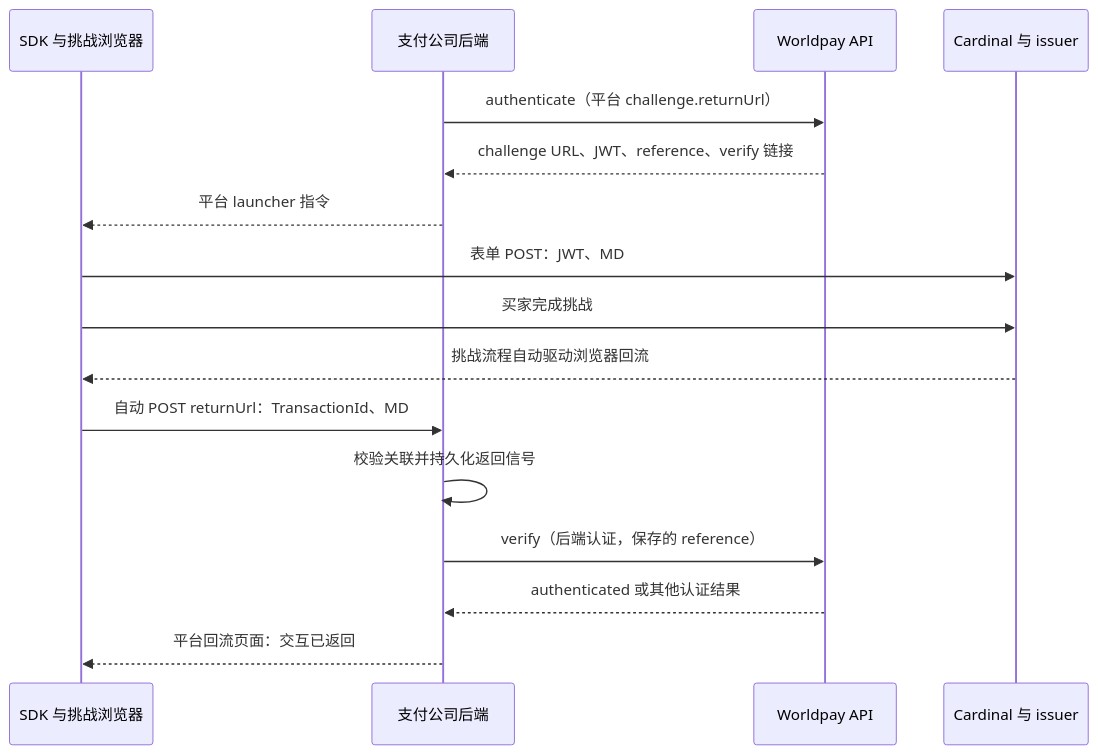
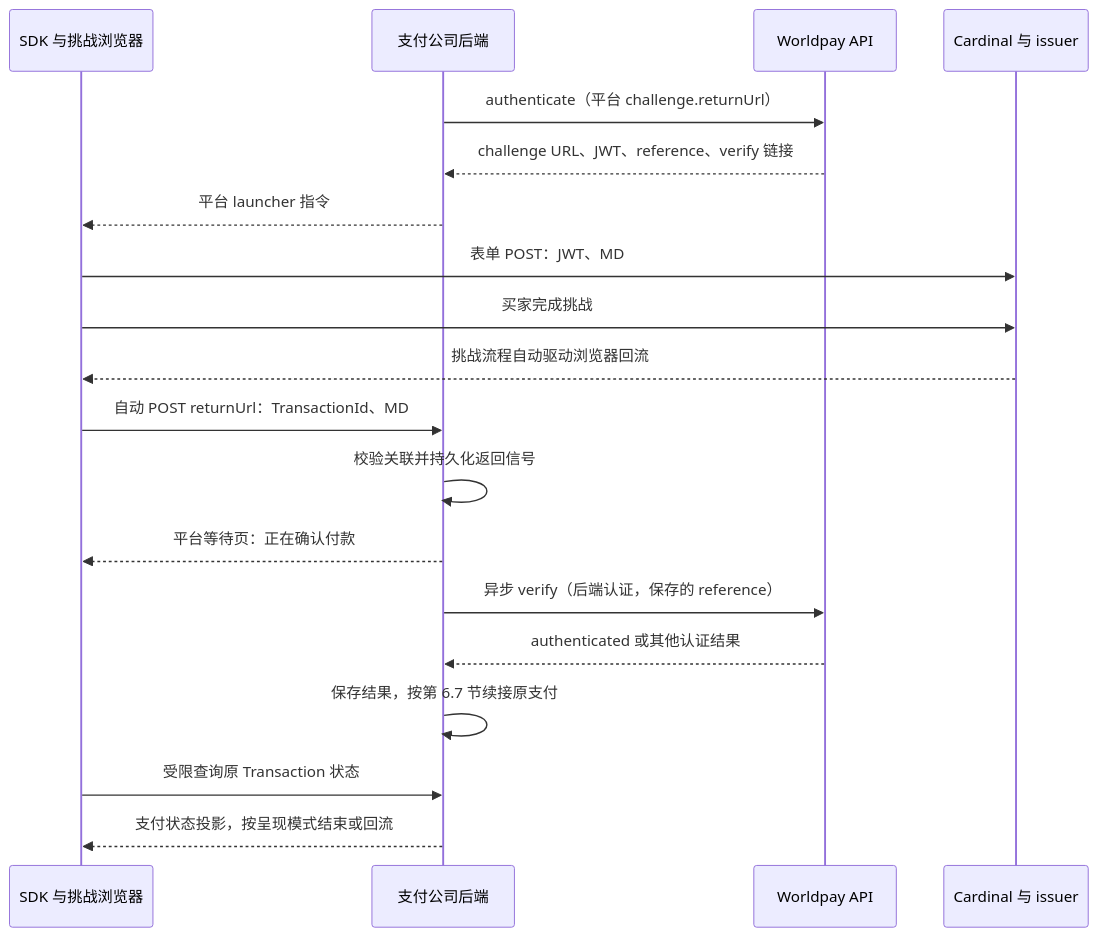
One commit to 1aboveio/wallet-architecture changed the fourth of 5 diagrams in docs/payment-element-auth-integration-design.md. Above: the diagram before and after it, drawn with Mermaid. The commit also changed other lines of this file and 1 other file, not shown here.

````diff
--- a/docs/payment-element-auth-integration-design.md
+++ b/docs/payment-element-auth-integration-design.md
@@ -351,18 +365,21 @@
 ```mermaid
 sequenceDiagram
     participant S as SDK 与挑战浏览器
     participant P as 支付公司后端
     participant W as Worldpay API
     participant C as Cardinal 与 issuer
     P->>W: authenticate（平台 challenge.returnUrl）
     W-->>P: challenge URL、JWT、reference、verify 链接
     P-->>S: 平台 launcher 指令
     S->>C: 表单 POST：JWT、MD
     S->>C: 买家完成挑战
     C-->>S: 挑战流程自动驱动浏览器回流
     S->>P: 自动 POST returnUrl：TransactionId、MD
     P->>P: 校验关联并持久化返回信号
-    P->>W: verify（后端认证，保存的 reference）
+    P-->>S: 平台等待页：正在确认付款
+    P->>W: 异步 verify（后端认证，保存的 reference）
     W-->>P: authenticated 或其他认证结果
-    P-->>S: 平台回流页面：交互已返回
+    P->>P: 保存结果，按第 6.7 节续接原支付
+    S->>P: 受限查询原 Transaction 状态
+    P-->>S: 支付状态投影，按呈现模式结束或回流
 ```
````
